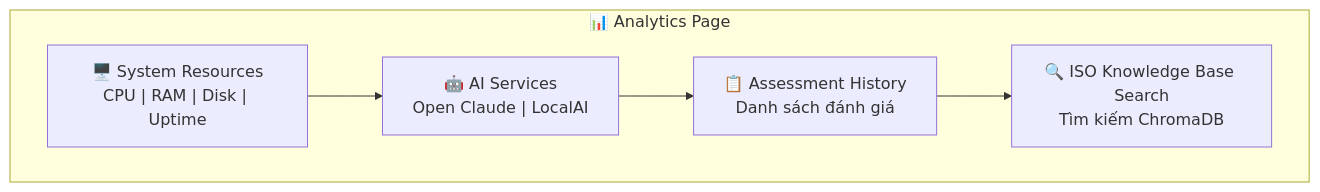
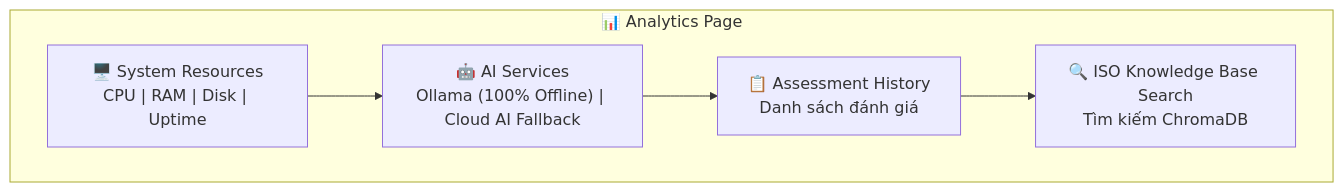
Before and after one commit to NghiaDinh03/CyberAI-Assessment-project: the sixth of 7 diagrams in docs/vi/analytics_monitoring.md, drawn with Mermaid. The commit also changed other lines of this file and 94 other files, not shown here.

Commit message:
feat(pipeline): standardize unified assessment schema, runtime audit telemetry, masked evidence manifests, and artifact consistency validation

````diff
--- a/docs/vi/analytics_monitoring.md
+++ b/docs/vi/analytics_monitoring.md
@@ -559,11 +549,11 @@
 ```mermaid
 graph TD
     subgraph Page["📊 Analytics Page"]
         A["🖥️ System Resources<br/>CPU | RAM | Disk | Uptime"]
-        B["🤖 AI Services<br/>Open Claude | LocalAI"]
+        B["🤖 AI Services<br/>Ollama (100% Offline) | Cloud AI Fallback"]
         C["📋 Assessment History<br/>Danh sách đánh giá"]
         D["🔍 ISO Knowledge Base Search<br/>Tìm kiếm ChromaDB"]
     end
 
     A --> B --> C --> D
 ```
````
